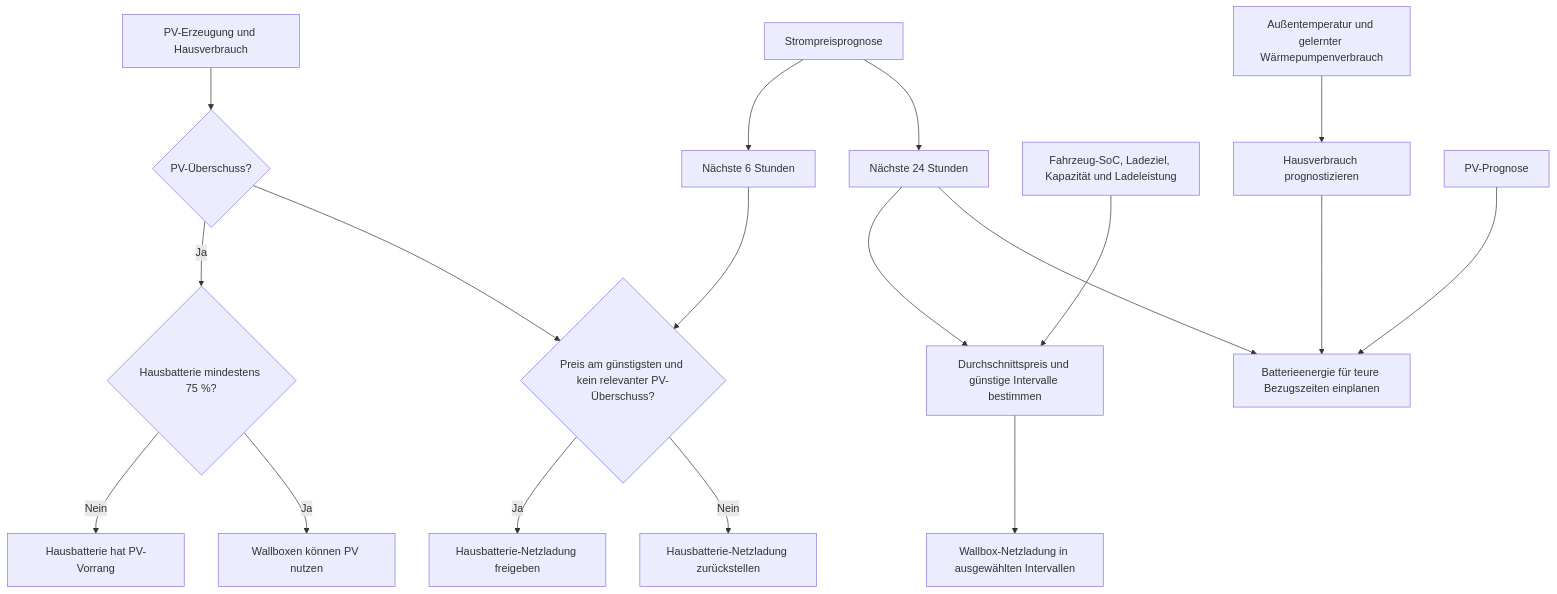
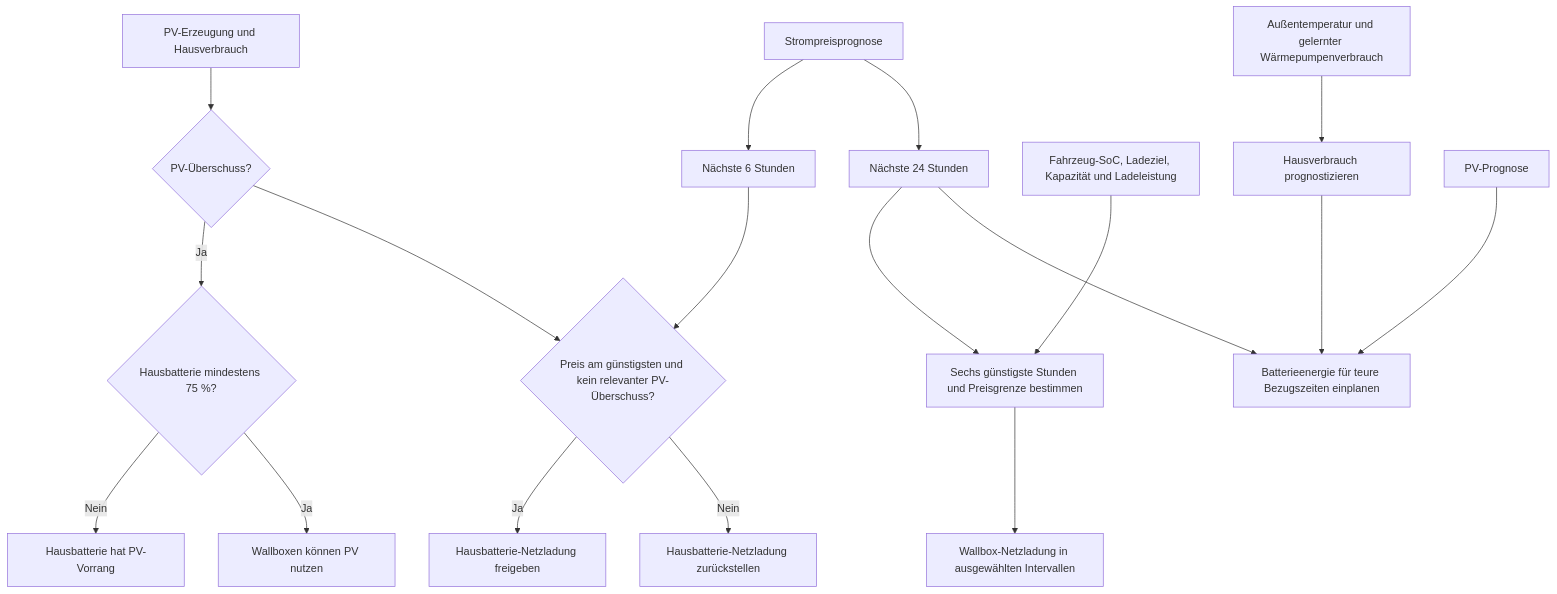
The diagram in home-assistant/evcc/EVCC_PREISOPTIMIERUNG.md (synb10se/docs), drawn with Mermaid before and after one commit. The commit also changed other lines of this file and 1 other file, not shown here.

````diff
--- a/home-assistant/evcc/EVCC_PREISOPTIMIERUNG.md
+++ b/home-assistant/evcc/EVCC_PREISOPTIMIERUNG.md
@@ -17,22 +17,22 @@
 ```mermaid
 flowchart TD
     PV["PV-Erzeugung und Hausverbrauch"] --> U{"PV-Überschuss?"}
     U -->|Ja| S{"Hausbatterie mindestens 75 %?"}
     S -->|Nein| B["Hausbatterie hat PV-Vorrang"]
     S -->|Ja| W["Wallboxen können PV nutzen"]
 
     P["Strompreisprognose"] --> P6["Nächste 6 Stunden"]
     P6 --> G{"Preis am günstigsten und kein relevanter PV-Überschuss?"}
     U --> G
     G -->|Ja| N["Hausbatterie-Netzladung freigeben"]
     G -->|Nein| X["Hausbatterie-Netzladung zurückstellen"]
     P --> P24["Nächste 24 Stunden"]
-    P24 --> F["Durchschnittspreis und günstige Intervalle bestimmen"]
+    P24 --> F["Sechs günstigste Stunden und Preisgrenze bestimmen"]
     D["Fahrzeug-SoC, Ladeziel, Kapazität und Ladeleistung"] --> F
     F --> L["Wallbox-Netzladung in ausgewählten Intervallen"]
 
     T["Außentemperatur und gelernter Wärmepumpenverbrauch"] --> V["Hausverbrauch prognostizieren"]
     V --> E["Batterieenergie für teure Bezugszeiten einplanen"]
     P24 --> E
     PVF["PV-Prognose"] --> E
 ```
````
